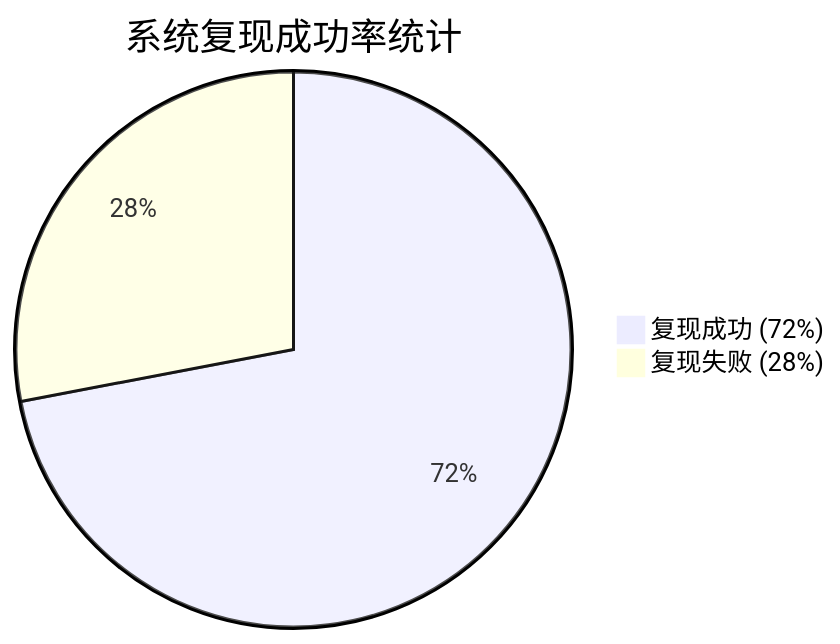
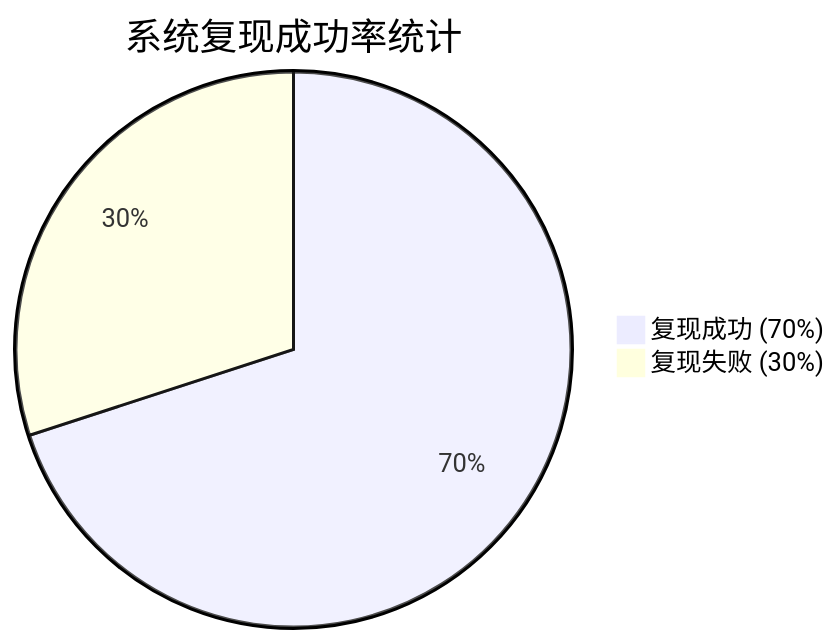
Before and after one commit to hongshixian/MultiAgentPaperCoder: the third of 4 diagrams in 项目设计Document毕业论文参考.md, drawn with Mermaid. The commit also changed other lines of this file, not shown here.

````diff
--- a/项目设计Document毕业论文参考.md
+++ b/项目设计Document毕业论文参考.md
@@ -282,6 +282,6 @@
 ```mermaid
 pie
     title 系统复现成功率统计
-    "复现成功 (72%)" : 36
-    "复现失败 (28%)" : 14
+    "复现成功 (70%)" : 7
+    "复现失败 (30%)" : 3
 ```
````
